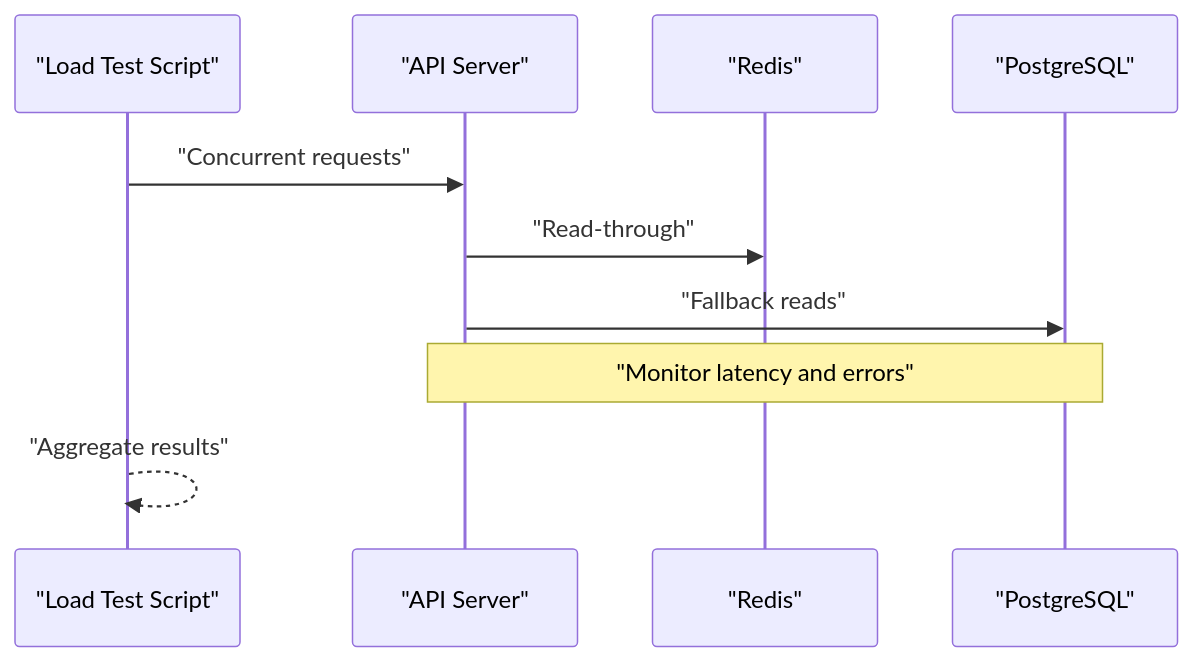
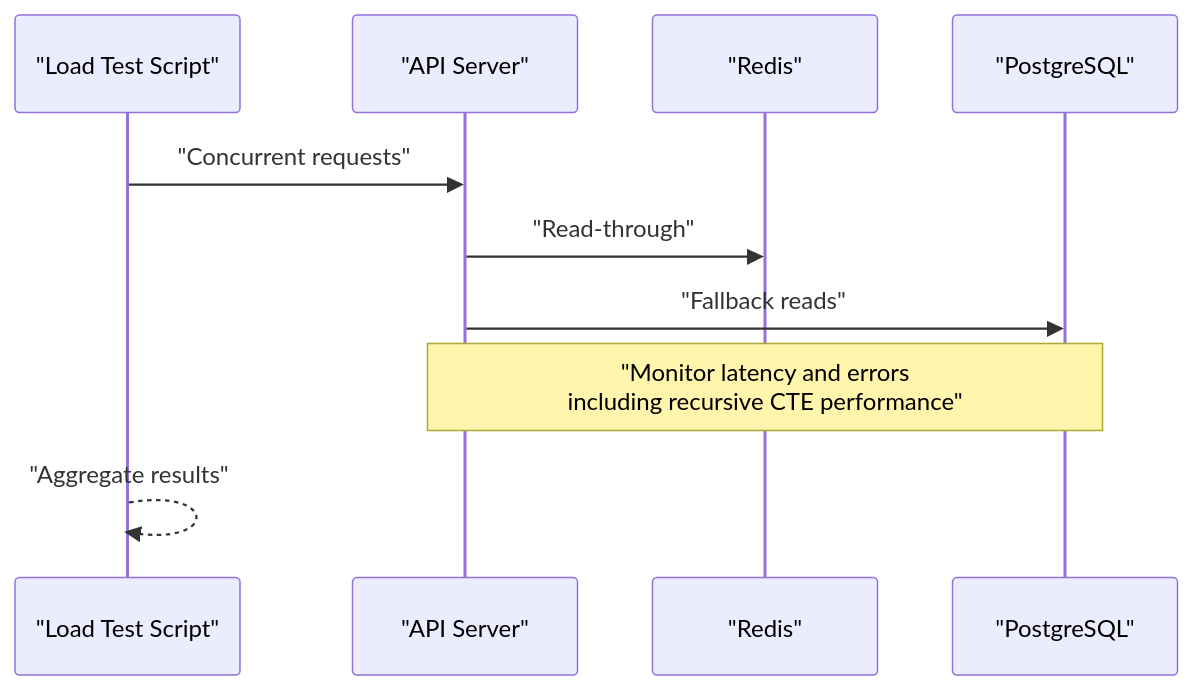
One commit to franckylab/eLISAschool changed the ninth of 11 diagrams in .qoder/repowiki/en/content/Troubleshooting & FAQ/Performance Optimization & Troubleshooting/Performance Optimization & Troubleshooting.md. Above: the diagram before and after it, drawn with Mermaid. The commit also changed other lines of this file and 134 other files, not shown here.

````diff
--- a/.qoder/repowiki/en/content/Troubleshooting & FAQ/Performance Optimization & Troubleshooting/Performance Optimization & Troubleshooting.md
+++ b/.qoder/repowiki/en/content/Troubleshooting & FAQ/Performance Optimization & Troubleshooting/Performance Optimization & Troubleshooting.md
@@ -306,12 +355,12 @@
 ```mermaid
 sequenceDiagram
 participant Tester as "Load Test Script"
 participant API as "API Server"
 participant Cache as "Redis"
 participant DB as "PostgreSQL"
 Tester->>API : "Concurrent requests"
 API->>Cache : "Read-through"
 API->>DB : "Fallback reads"
-Note over API,DB : "Monitor latency and errors"
+Note over API,DB : "Monitor latency and errors<br/>including recursive CTE performance"
 Tester-->>Tester : "Aggregate results"
 ```
````
